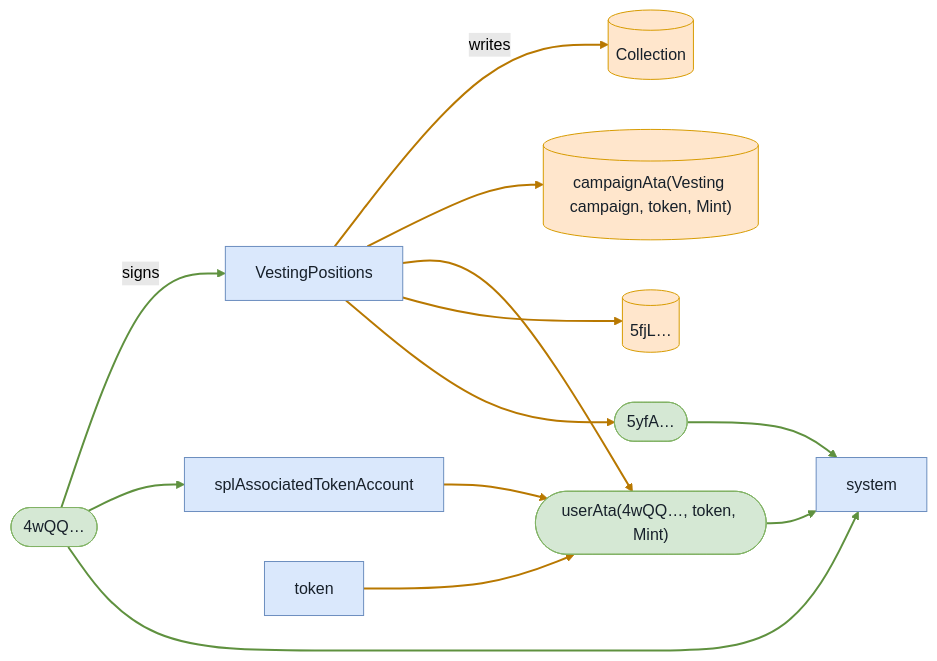
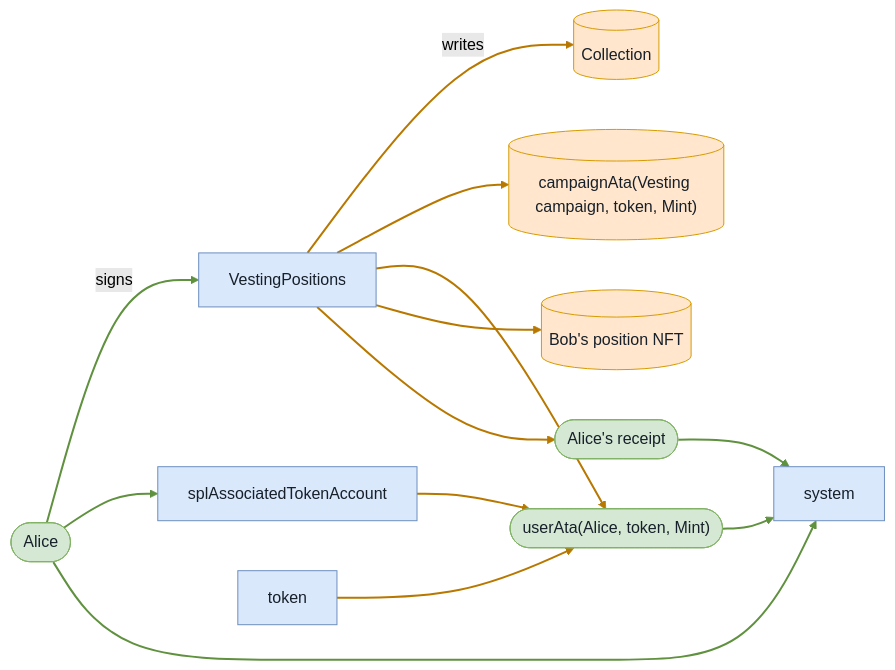
One commit to cds-turbin3/vesting-position changed the eighth of 9 diagrams in babelfish-tests/test-report/scenario_6_not_owner_subsequent_claim_fails.md. Above: the diagram before and after it, drawn with Mermaid (forest theme). The commit also changed other lines of this file and 104 other files, not shown here.

````diff
--- a/babelfish-tests/test-report/scenario_6_not_owner_subsequent_claim_fails.md
+++ b/babelfish-tests/test-report/scenario_6_not_owner_subsequent_claim_fails.md
@@ -420,30 +420,30 @@
 ```mermaid
 flowchart LR
     VestingPositions["VestingPositions"]:::program
-    n4wQQ(["4wQQ…"]):::signer
+    Alice(["Alice"]):::signer
     Collection[("Collection")]:::state
     campaignAtaVestingcampaigntokenMint[("campaignAta(Vesting campaign, token, Mint)")]:::state
-    userAta4wQQtokenMint(["userAta(4wQQ…, token, Mint)"]):::signer
-    n5fjL[("5fjL…")]:::state
-    n5yfA(["5yfA…"]):::signer
+    userAtaAlicetokenMint(["userAta(Alice, token, Mint)"]):::signer
+    BobspositionNFT[("Bob's position NFT")]:::state
+    Alicesreceipt(["Alice's receipt"]):::signer
     splAssociatedTokenAccount["splAssociatedTokenAccount"]:::program
     token["token"]:::program
     system["system"]:::program
-    n4wQQ -->|signs| VestingPositions
+    Alice -->|signs| VestingPositions
     VestingPositions -->|writes| Collection
     VestingPositions --> campaignAtaVestingcampaigntokenMint
-    VestingPositions --> userAta4wQQtokenMint
-    VestingPositions --> n5fjL
-    VestingPositions --> n5yfA
-    n4wQQ --> splAssociatedTokenAccount
-    splAssociatedTokenAccount --> userAta4wQQtokenMint
-    n4wQQ --> system
-    userAta4wQQtokenMint --> system
-    token --> userAta4wQQtokenMint
-    n5yfA --> system
+    VestingPositions --> userAtaAlicetokenMint
+    VestingPositions --> BobspositionNFT
+    VestingPositions --> Alicesreceipt
+    Alice --> splAssociatedTokenAccount
+    splAssociatedTokenAccount --> userAtaAlicetokenMint
+    Alice --> system
+    userAtaAlicetokenMint --> system
+    token --> userAtaAlicetokenMint
+    Alicesreceipt --> system
     classDef program fill:#dae8fc,stroke:#6c8ebf,color:#17202a;
     classDef signer fill:#d5e8d4,stroke:#82b366,color:#17202a;
     classDef state fill:#ffe6cc,stroke:#d79b00,color:#17202a;
     linkStyle 0,6,8,9,11 stroke:#5f913f,stroke-width:2px
     linkStyle 1,2,3,4,5,7,10 stroke:#b87800,stroke-width:2px
 ```
````
